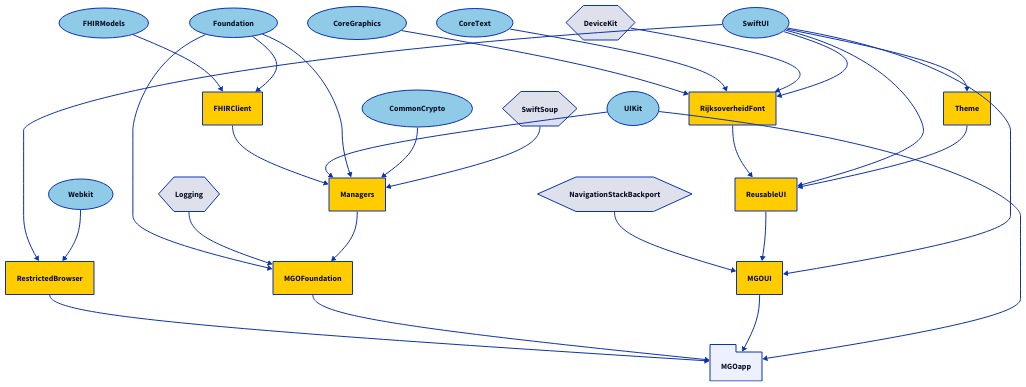
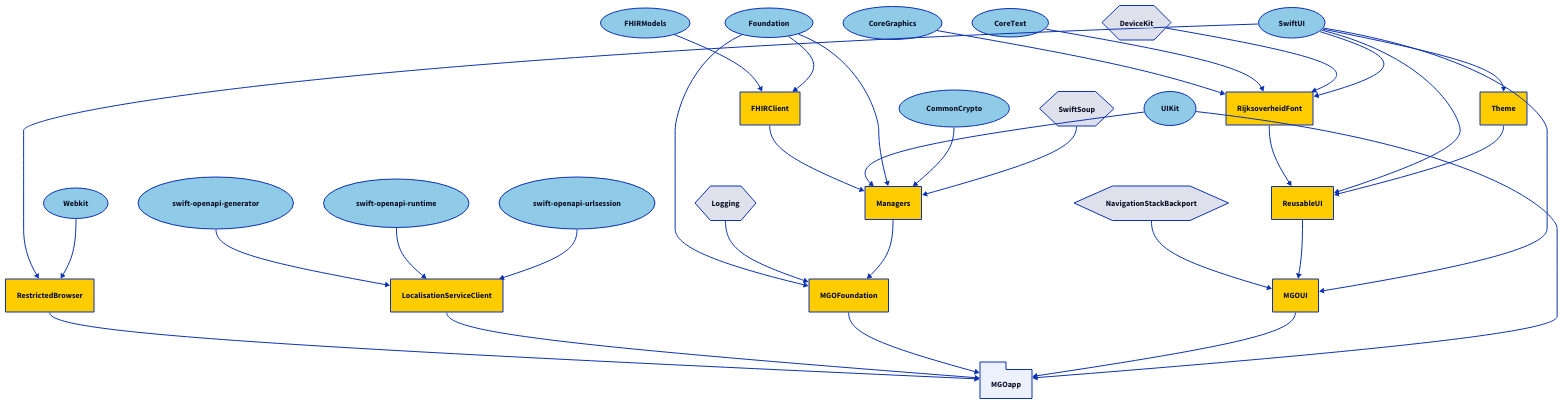
The diagram in Diagrams/packages-withouttests.d2 (minvws/nl-mgo-app-ios), drawn with D2 before and after one commit. The commit also changed 8 other files, not shown here.

```diff
--- a/Diagrams/packages-withouttests.d2
+++ b/Diagrams/packages-withouttests.d2
@@ -1,101 +1,119 @@
 direction: down
 
 # Apple
 UIKit: {
   shape: oval
   style.fill: "#8FCAE7"
 }
 SwiftUI: {
   shape: oval
   style.fill: "#8FCAE7"
 }
 Webkit: {
   shape: oval
   style.fill: "#8FCAE7"
 }
 Foundation: {
   shape: oval
   style.fill: "#8FCAE7"
 }
 CommonCrypto: {
   shape: oval
   style.fill: "#8FCAE7"
 }
 CoreGraphics: {
   shape: oval
   style.fill: "#8FCAE7"
 }
 CoreText: {
   shape: oval
   style.fill: "#8FCAE7"
 }
 FHIRModels: {
   shape: oval
   style.fill: "#8FCAE7"
 }
+swift-openapi-generator: {
+  shape: oval
+  style.fill: "#8FCAE7"
+}
+swift-openapi-runtime: {
+  shape: oval
+  style.fill: "#8FCAE7"
+}
+swift-openapi-urlsession: {
+  shape: oval
+  style.fill: "#8FCAE7"
+}
 
 # Third-Party
 NavigationStackBackport: {
   shape: hexagon
 }
 Logging: {
   shape: hexagon
 }
 DeviceKit: {
   shape: hexagon
 }
 SwiftSoup: {
   shape: hexagon
 }
 
 # The application
 
 MGOapp: {
   shape: package
 }
 
 MGOapp <- RestrictedBrowser
+MGOapp <- LocalisationServiceClient
 MGOapp <- MGOFoundation
 MGOapp <- MGOUI
 MGOapp <- UIKit
 
 # - Packages -
 
 MGOFoundation { style.fill: "#ffcc00" }
 MGOFoundation <- Foundation
 MGOFoundation <- Logging
 MGOFoundation <- Managers
 
 MGOUI { style.fill: "#ffcc00" }
 MGOUI <- NavigationStackBackport
 MGOUI <- ReusableUI
 MGOUI <- SwiftUI
 
 Managers { style.fill: "#ffcc00" }
 Managers <- FHIRClient
 Managers <- UIKit
 Managers <- Foundation
 Managers <- CommonCrypto
 Managers <- SwiftSoup
 
 RijksoverheidFont { style.fill: "#ffcc00" }
 RijksoverheidFont <- CoreGraphics
 RijksoverheidFont <- CoreText
 RijksoverheidFont <- DeviceKit
 RijksoverheidFont <- SwiftUI
 
 ReusableUI { style.fill: "#ffcc00" }
 ReusableUI <- RijksoverheidFont
 ReusableUI <- SwiftUI
 ReusableUI <- Theme
 
 FHIRClient { style.fill: "#ffcc00" }
 FHIRClient <- FHIRModels
 FHIRClient <- Foundation
 
 RestrictedBrowser { style.fill: "#ffcc00" }
 RestrictedBrowser <- SwiftUI
 RestrictedBrowser <- WebKit
 
 Theme { style.fill: "#ffcc00" }
 Theme <- SwiftUI
+
+LocalisationServiceClient { style.fill: "#ffcc00" }
+LocalisationServiceClient <- swift-openapi-generator
+LocalisationServiceClient <- swift-openapi-runtime
+LocalisationServiceClient <- swift-openapi-urlsession
```
